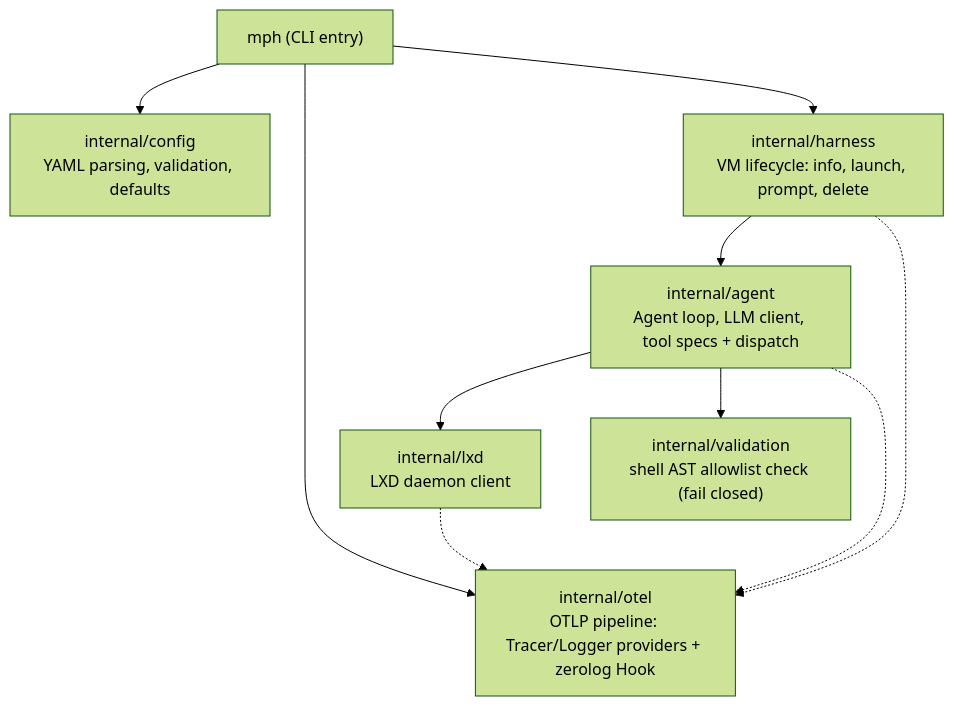
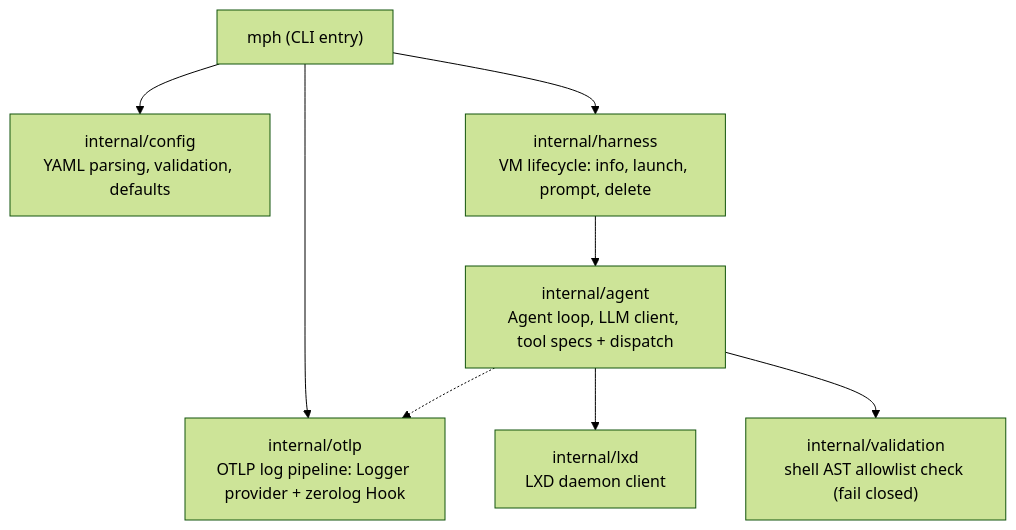
Before and after one commit to trollLemon/MPHarness: the first of 2 diagrams in docs/reference/arch.md, drawn with Mermaid (forest theme). The commit also changed other lines of this file and 40 other files, not shown here.

````diff
--- a/docs/reference/arch.md
+++ b/docs/reference/arch.md
@@ -11,20 +11,18 @@
 ```mermaid
 flowchart TD
     CLI["mph (CLI entry)"]
     CONF["internal/config<br/>YAML parsing, validation, defaults"]
-    OTEL["internal/otel<br/>OTLP pipeline: Tracer/Logger providers + zerolog Hook"]
+    OTEL["internal/otlp<br/>OTLP log pipeline: Logger provider + zerolog Hook"]
     AGENT["internal/agent<br/>Agent loop, LLM client, tool specs + dispatch"]
     HARNESS["internal/harness<br/>VM lifecycle: info, launch, prompt, delete"]
     LXD["internal/lxd<br/>LXD daemon client"]
     VALIDATE["internal/validation<br/>shell AST allowlist check (fail closed)"]
 
     CLI --> CONF
     CLI --> OTEL
     CLI --> HARNESS
     HARNESS --> AGENT
     AGENT --> LXD
     AGENT --> VALIDATE
-    HARNESS -.-> OTEL
     AGENT -.-> OTEL
-    LXD -.-> OTEL
 ```
````
